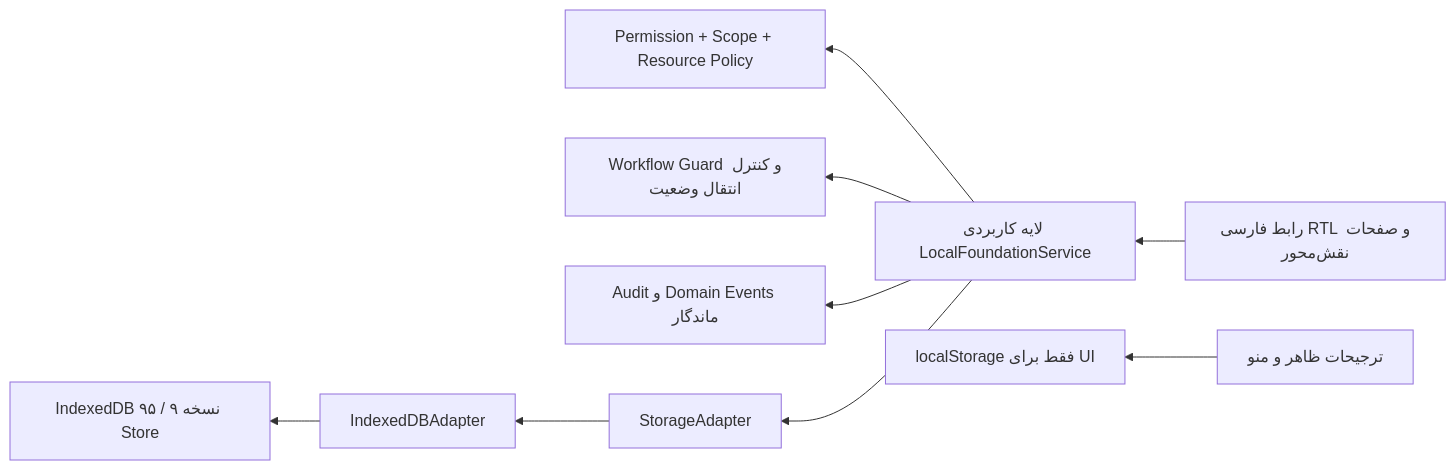
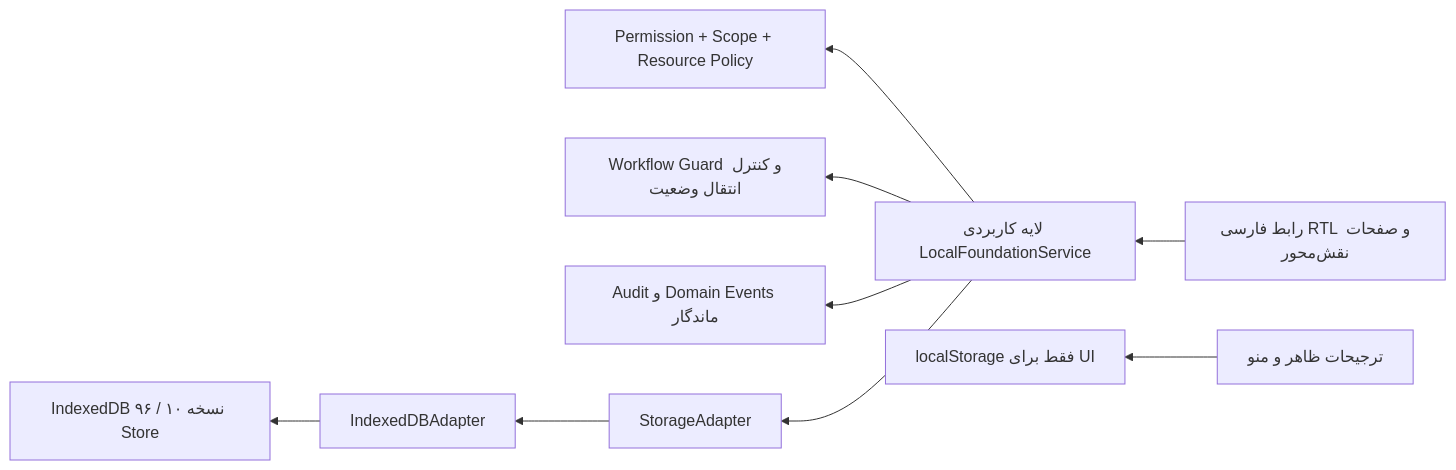
One commit to rbayat2k-art/tapra3-local-first changed the first of 3 diagrams in docs/FLOW-AUDIT.md. Above: the diagram before and after it, drawn with Mermaid. The commit also changed 29 other files, not shown here.

````diff
--- a/docs/FLOW-AUDIT.md
+++ b/docs/FLOW-AUDIT.md
@@ -44,11 +44,11 @@
 ```mermaid
 flowchart RL
   UI["رابط فارسی RTL و صفحات نقش‌محور"] --> APP["لایه کاربردی LocalFoundationService"]
   APP --> AUTH["Permission + Scope + Resource Policy"]
   APP --> GUARD["Workflow Guard و کنترل انتقال وضعیت"]
   APP --> EVENTS["Audit و Domain Events ماندگار"]
   APP --> PORT["StorageAdapter"]
   PORT --> IDB["IndexedDBAdapter"]
-  IDB --> DB["IndexedDB نسخه ۹ / ۹۵ Store"]
+  IDB --> DB["IndexedDB نسخه ۱۰ / ۹۶ Store"]
   PREFS["ترجیحات ظاهر و منو"] --> LS["localStorage فقط برای UI"]
 ```
````
